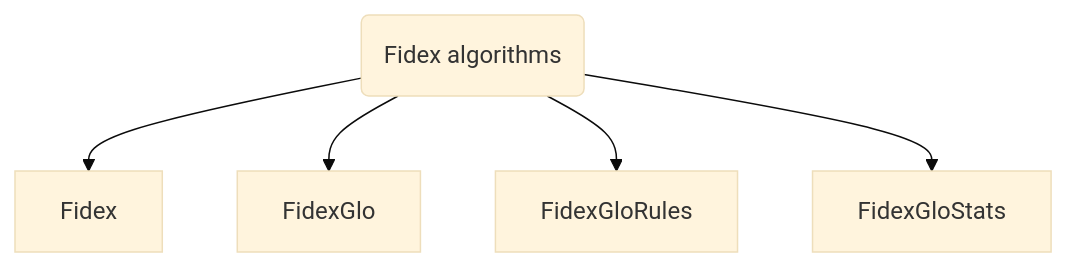
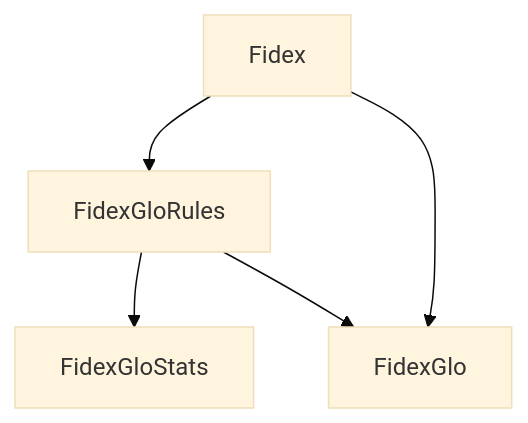
The diagram in docs/documentation/algorithms/fidex/overview.md (HES-XPLAIN/hes-xplain.github.io), drawn with Mermaid (base theme) before and after one commit. The commit also changed other lines of this file and 3 other files, not shown here.

````diff
--- a/docs/documentation/algorithms/fidex/overview.md
+++ b/docs/documentation/algorithms/fidex/overview.md
@@ -14,7 +14,12 @@
 ```mermaid
 graph TD;
-    f(Fidex algorithms) --> Fidex;
-    f --> FidexGlo;
-    f --> FidexGloRules;
-    f --> FidexGloStats;
+    Fidex[Fidex] 
+    FidexGloRules[FidexGloRules] 
+    FidexGloStats[FidexGloStats] 
+    FidexGlo[FidexGlo]
+    
+    Fidex --> FidexGloRules
+    FidexGloRules --> FidexGloStats
+    Fidex --> FidexGlo
+    FidexGloRules --> FidexGlo
 ```
````
